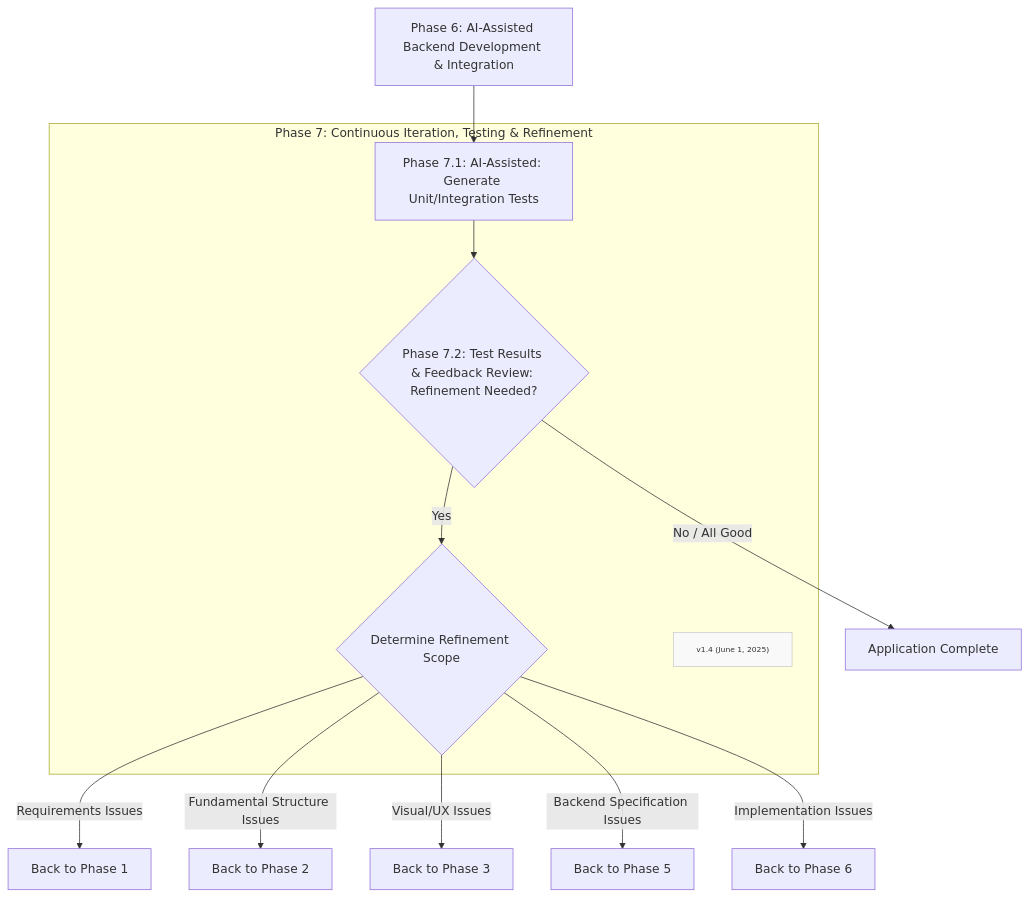
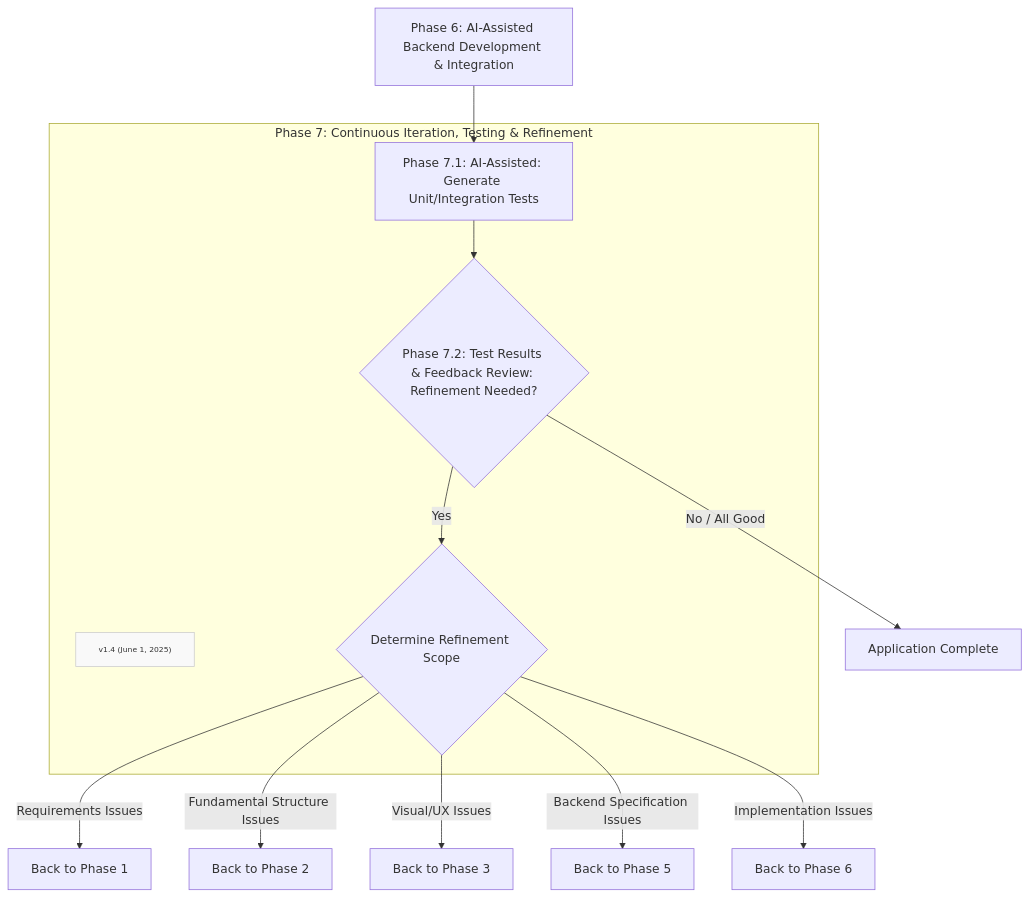
The diagram in Method/FF-phase7.md (Mharbulous/Front-First-Method), drawn with Mermaid before and after one commit.

````diff
--- a/Method/FF-phase7.md
+++ b/Method/FF-phase7.md
@@ -1,22 +1,23 @@
 ```mermaid
 graph TD
     Phase6["Phase 6: AI-Assisted Backend Development & Integration"] --> Phase7_1
 
     subgraph Phase7 ["Phase 7: Continuous Iteration, Testing & Refinement"]
+        Version["v1.4 (June 1, 2025)"]
+        classDef version fill:#f9f9f9,stroke:#ccc,font-size:10px
+        class Version version
         Phase7_1["Phase 7.1: AI-Assisted: Generate Unit/Integration Tests"] --> Phase7_2_Val{"Phase 7.2: Test Results & Feedback Review: Refinement Needed?"}
         
         Phase7_2_Val -->|Yes| RefineDecision{"Determine Refinement Scope"}
         
-        Version["v1.4 (June 1, 2025)"]
-        classDef version fill:#f9f9f9,stroke:#ccc,font-size:10px
-        class Version version
+        
     end
 
 RefineDecision -->|Requirements Issues| Back2Phase1["Back to Phase 1"]
 RefineDecision -->|Fundamental Structure Issues| Back2Phase2["Back to Phase 2"]
 RefineDecision -->|Visual/UX Issues| Back2Phase3["Back to Phase 3"]
 RefineDecision -->|Backend Specification Issues| Back2Phase5["Back to Phase 5"]
 RefineDecision -->|Implementation Issues| Back2Phase6["Back to Phase 6"]
 
 Phase7_2_Val -->|No / All Good| ApplicationComplete["Application Complete"]
 ```
````
